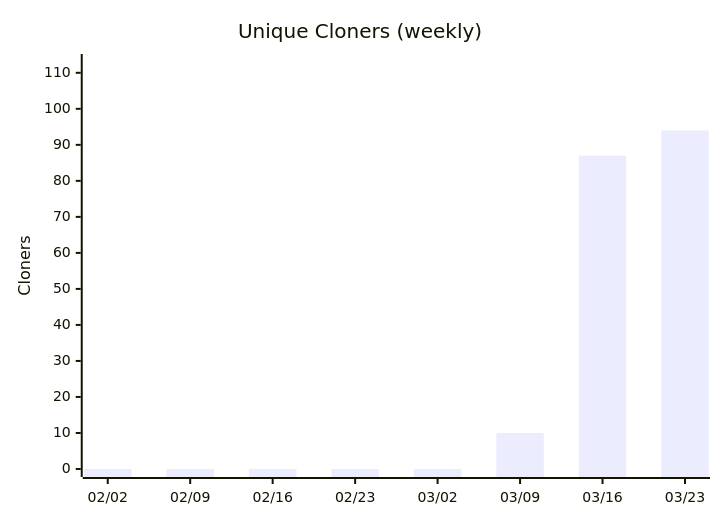
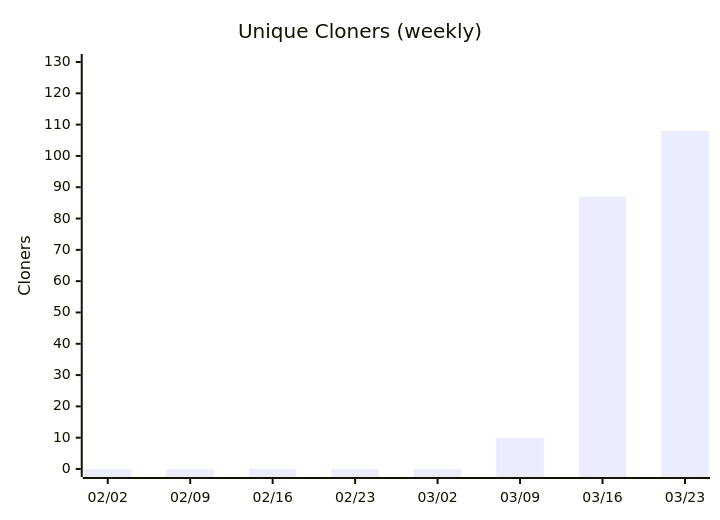
One commit to nablarch/nabledge-dev changed diagram 14 of 14 in docs/metrics.md. Above: the diagram before and after it, drawn with Mermaid. The commit also changed other lines of this file and 2 other files, not shown here.

````diff
--- a/docs/metrics.md
+++ b/docs/metrics.md
@@ -171,7 +171,7 @@
 ```mermaid
 xychart-beta
   title "Unique Cloners (weekly)"
   x-axis ["02/02", "02/09", "02/16", "02/23", "03/02", "03/09", "03/16", "03/23"]
-  y-axis "Cloners" 0 --> 113
-  bar [0, 0, 0, 0, 0, 10, 87, 94]
+  y-axis "Cloners" 0 --> 130
+  bar [0, 0, 0, 0, 0, 10, 87, 108]
 ```
````
